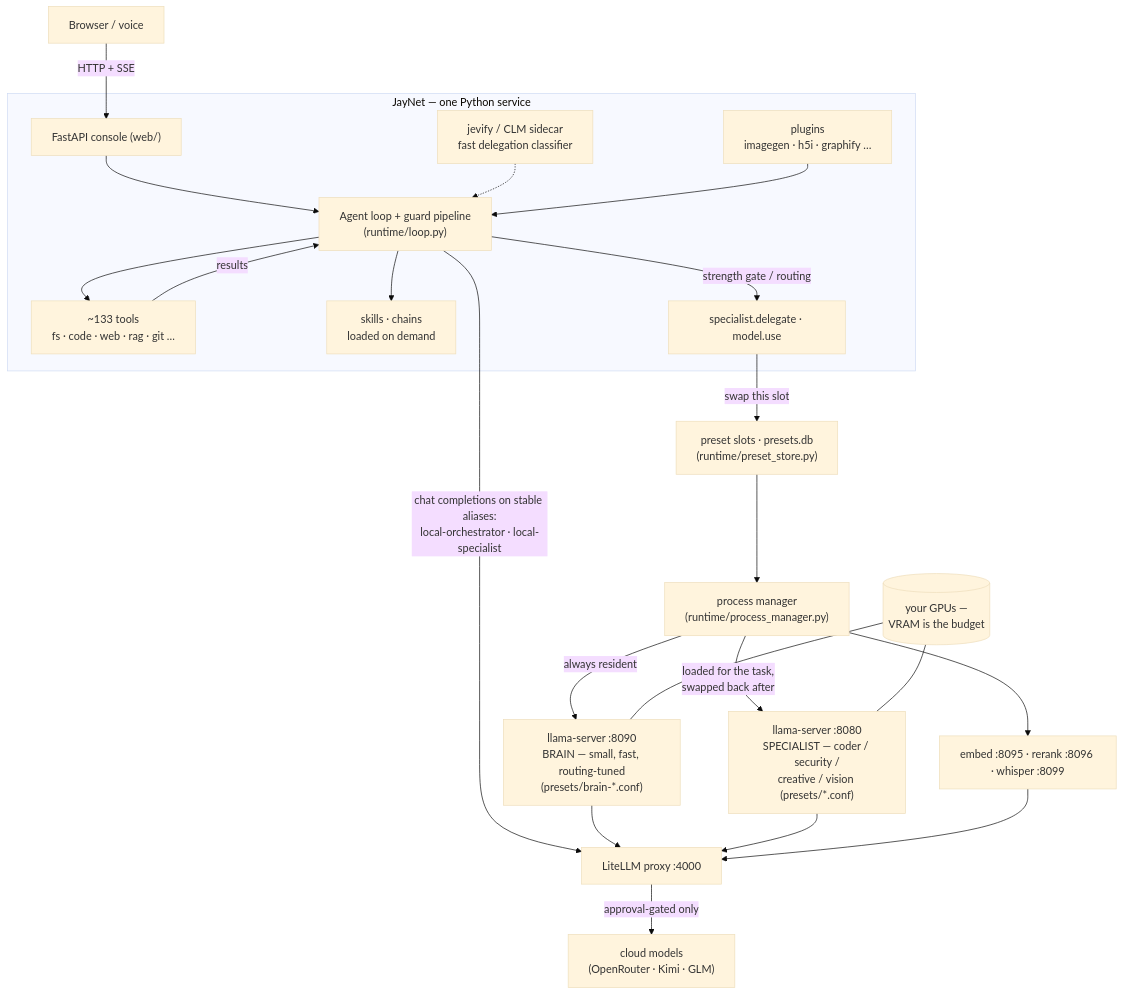
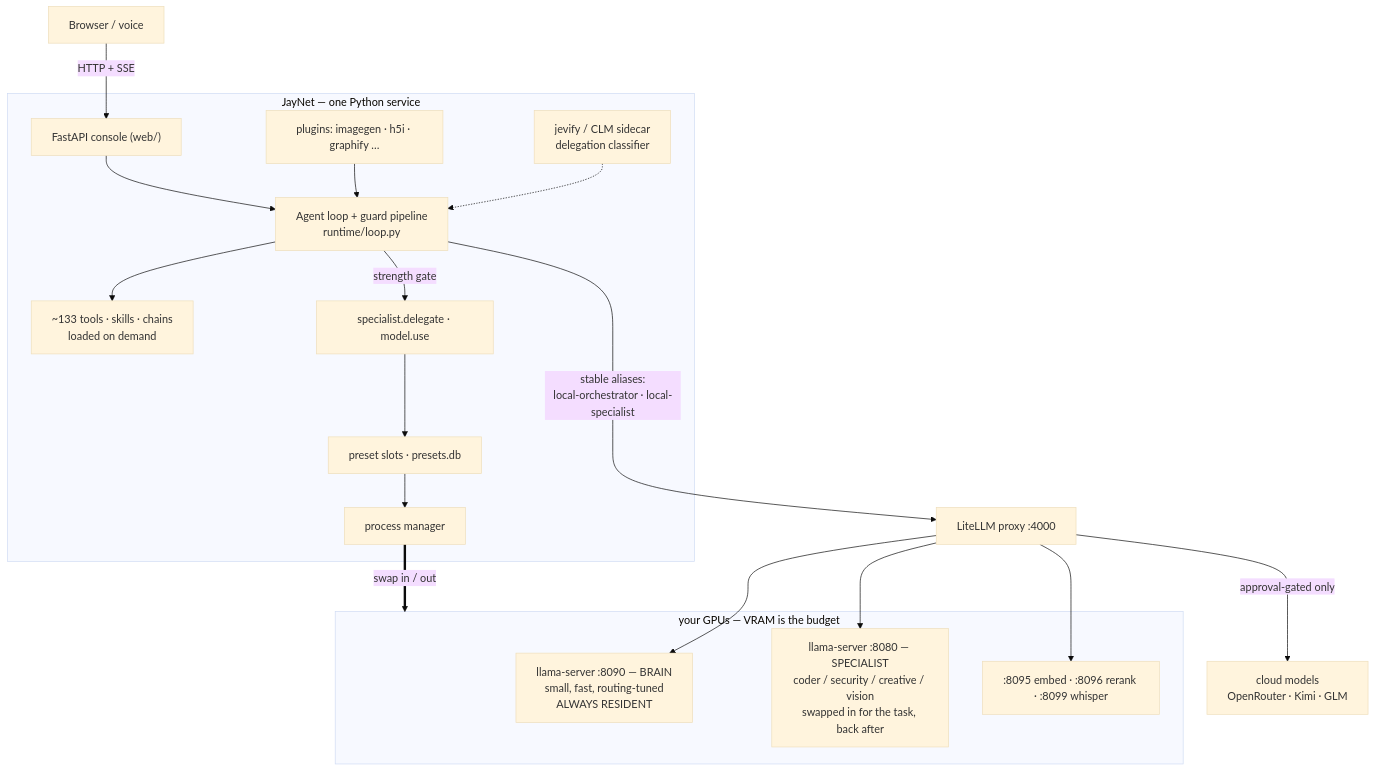
Before and after one commit to jspawn/jaynet_orchestrator: the diagram in README.md, drawn with Mermaid (base theme).

Commit message:
docs: tighten README architecture diagram (GPU subgraph, cleaner swap path)

````diff
--- a/README.md
+++ b/README.md
@@ -46,25 +46,24 @@
 ```mermaid
 flowchart TB
     U["Browser / voice"] -->|"HTTP + SSE"| WEB["FastAPI console (web/)"]
     subgraph JN["JayNet — one Python service"]
-        WEB --> LOOP["Agent loop + guard pipeline<br/>(runtime/loop.py)"]
-        LOOP --> TOOLS["~133 tools<br/>fs · code · web · rag · git …"]
-        TOOLS -->|"results"| LOOP
-        LOOP --> SK["skills · chains<br/>loaded on demand"]
-        LOOP -->|"strength gate / routing"| DEL["specialist.delegate · model.use"]
-        JEV["jevify / CLM sidecar<br/>fast delegation classifier"] -.-> LOOP
-        PLUG["plugins<br/>imagegen · h5i · graphify …"] --> LOOP
+        WEB --> LOOP["Agent loop + guard pipeline<br/>runtime/loop.py"]
+        LOOP --> TOOLS["~133 tools · skills · chains<br/>loaded on demand"]
+        PLUG["plugins: imagegen · h5i · graphify …"] --> LOOP
+        JEV["jevify / CLM sidecar<br/>delegation classifier"] -.-> LOOP
+        LOOP -->|"strength gate"| DEL["specialist.delegate · model.use"]
+        DEL --> SLOTS["preset slots · presets.db"]
+        SLOTS --> PM["process manager"]
     end
-    LOOP -->|"chat completions on stable aliases:<br/>local-orchestrator · local-specialist"| LL["LiteLLM proxy :4000"]
-    DEL -->|"swap this slot"| PS["preset slots · presets.db<br/>(runtime/preset_store.py)"]
-    PS --> PM["process manager<br/>(runtime/process_manager.py)"]
-    PM -->|"always resident"| BRAIN["llama-server :8090<br/>BRAIN — small, fast, routing-tuned<br/>(presets/brain-*.conf)"]
-    PM -->|"loaded for the task,<br/>swapped back after"| SPEC["llama-server :8080<br/>SPECIALIST — coder / security /<br/>creative / vision (presets/*.conf)"]
-    PM --> AUX["embed :8095 · rerank :8096 · whisper :8099"]
-    BRAIN --> LL
-    SPEC --> LL
-    AUX --> LL
-    LL -->|"approval-gated only"| CLOUD["cloud models<br/>(OpenRouter · Kimi · GLM)"]
-    GPU[("your GPUs —<br/>VRAM is the budget")] --- BRAIN
-    GPU --- SPEC
+    LOOP -->|"stable aliases:<br/>local-orchestrator · local-specialist"| LL["LiteLLM proxy :4000"]
+    subgraph GPUs["your GPUs — VRAM is the budget"]
+        BRAIN["llama-server :8090 — BRAIN<br/>small, fast, routing-tuned<br/>ALWAYS RESIDENT"]
+        SPEC["llama-server :8080 — SPECIALIST<br/>coder / security / creative / vision<br/>swapped in for the task, back after"]
+        AUX[":8095 embed · :8096 rerank · :8099 whisper"]
+    end
+    PM ==>|"swap in / out"| GPUs
+    LL --> BRAIN
+    LL --> SPEC
+    LL --> AUX
+    LL -->|"approval-gated only"| CLOUD["cloud models<br/>OpenRouter · Kimi · GLM"]
 ```
````
